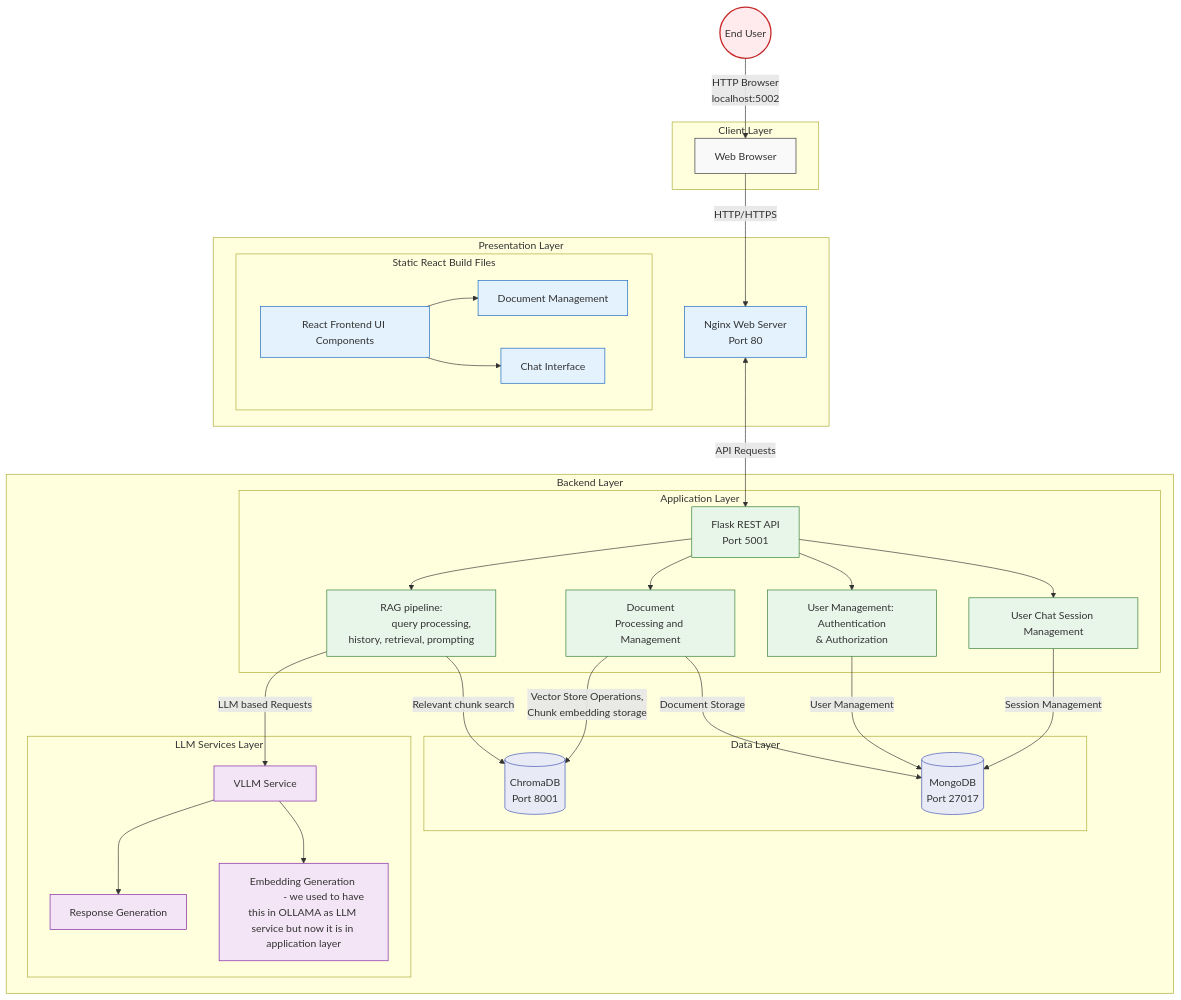
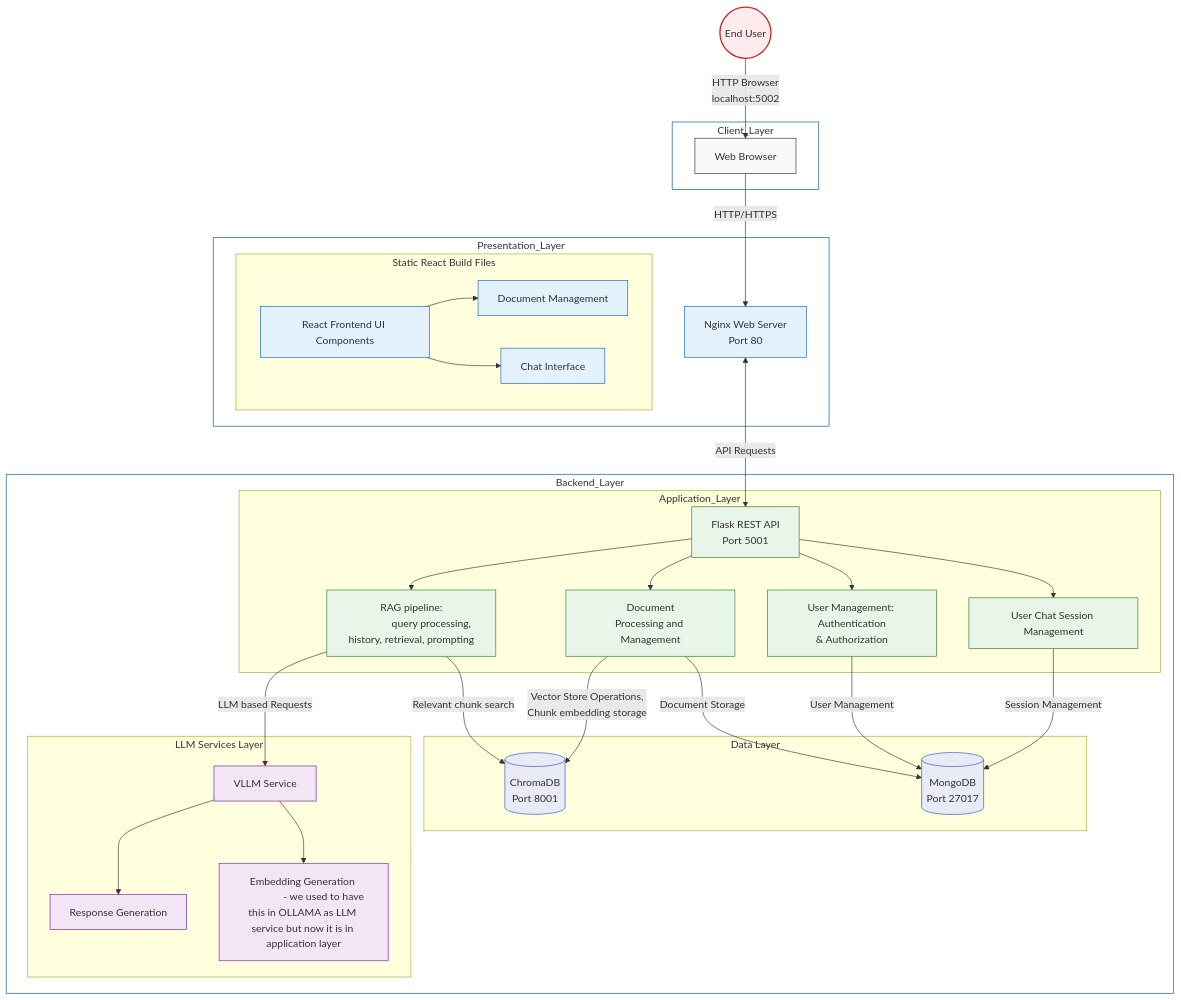
One commit to idilkara/ENS492-RAGDocumentManager changed the diagram in README.md. Above: the diagram before and after it, drawn with Mermaid.

````diff
--- a/README.md
+++ b/README.md
@@ -28,14 +28,14 @@
     %% Client Layer
     User((End User)) -->|HTTP Browser<br>localhost:5002| FE
 
-    subgraph "Client Layer"
+    subgraph "Client_Layer"
         FE[Web Browser]
     end
 
     %% Presentation Layer
     FE -->|HTTP/HTTPS| NG
     
-    subgraph "Presentation Layer"
+    subgraph "Presentation_Layer"
         NG[Nginx Web Server<br>Port 80]
         
         subgraph "Static React Build Files"
@@ -46,7 +46,7 @@
     end
     
 
-    subgraph "Backend Layer"
+    subgraph "Backend_Layer"
         %% Application Layer
         NG <-->|API Requests| API
         
@@ -58,7 +58,7 @@
   
         end
 
-        subgraph "Application Layer"
+        subgraph "Application_Layer"
             API[Flask REST API<br>Port 5001]
            
             API --> DocProc[Document<br>Processing and Management]
@@ -104,6 +104,7 @@
     classDef data fill:#e8eaf6,stroke:#3f51b5,stroke-width:1px
     classDef user fill:#ffebee,stroke:#c62828,stroke-width:2px
     classDef interface fill:#e1f5fe,stroke:#01579b,stroke-width:1px
+    classDef outer fill:#ffffff,stroke:#01579b,stroke-width:1px
 
     class FE client
     class User user
@@ -111,4 +112,6 @@
     class API,Auth,DocProc,VSO,RAGP,SessionMan application
     class VLLM,GenText,GenEmb services
     class MDB,CDB data
+    class Backend_Layer,Presentation_Layer,Client_Layer outer
+
 ```
````
